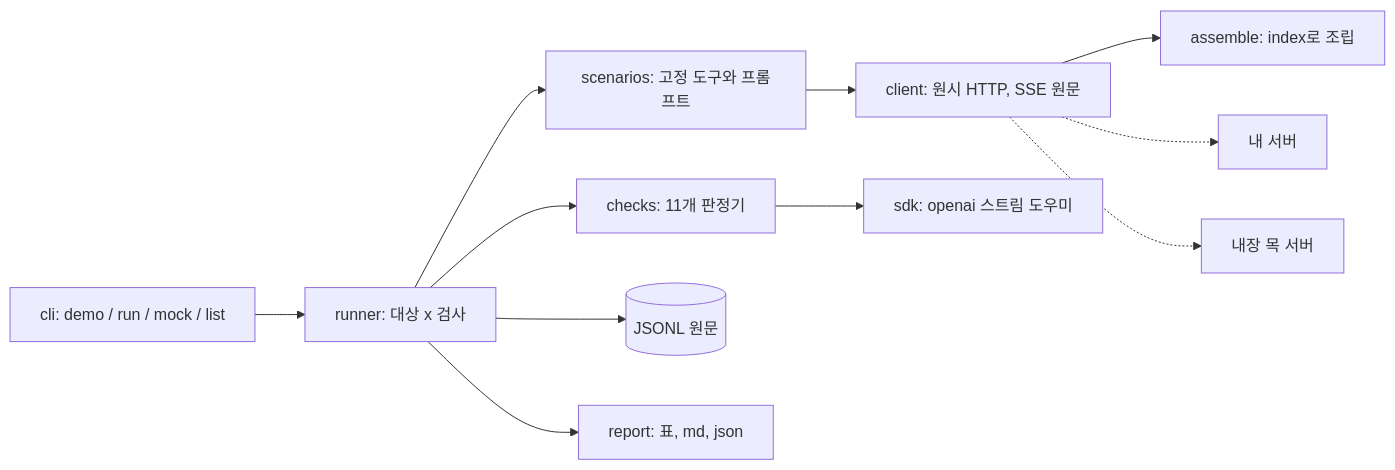
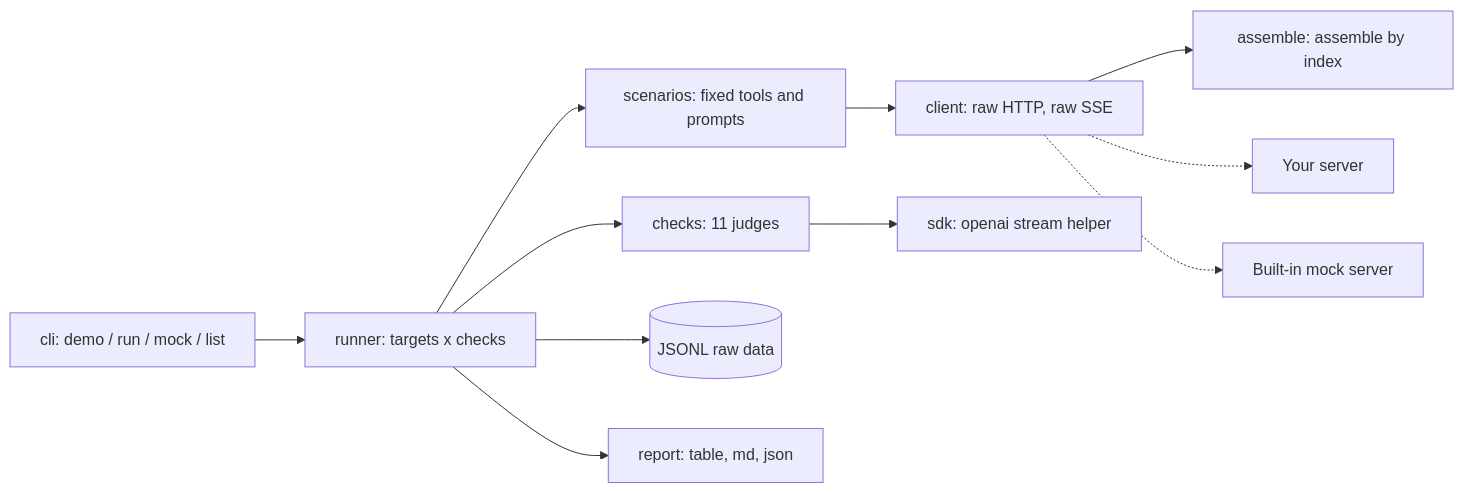
Before and after one commit to LeeGyeongPil/toolcall-conformance: the first of 2 diagrams in README.md, drawn with Mermaid. The commit also changed other lines of this file and 2 other files, not shown here.

````diff
--- a/README.md
+++ b/README.md
@@ -152,13 +150,13 @@
 ```mermaid
 flowchart LR
-  CLI["cli: demo / run / mock / list"] --> R["runner: 대상 x 검사"]
-  R --> SC["scenarios: 고정 도구와 프롬프트"]
-  SC --> HC["client: 원시 HTTP, SSE 원문"]
-  HC --> AS["assemble: index로 조립"]
-  R --> CK["checks: 11개 판정기"]
-  CK --> SDK["sdk: openai 스트림 도우미"]
-  R --> J[("JSONL 원문")]
-  R --> RP["report: 표, md, json"]
-  HC -.-> S["내 서버"]
-  HC -.-> M["내장 목 서버"]
+  CLI["cli: demo / run / mock / list"] --> R["runner: targets x checks"]
+  R --> SC["scenarios: fixed tools and prompts"]
+  SC --> HC["client: raw HTTP, raw SSE"]
+  HC --> AS["assemble: assemble by index"]
+  R --> CK["checks: 11 judges"]
+  CK --> SDK["sdk: openai stream helper"]
+  R --> J[("JSONL raw data")]
+  R --> RP["report: table, md, json"]
+  HC -.-> S["Your server"]
+  HC -.-> M["Built-in mock server"]
 ```
````
